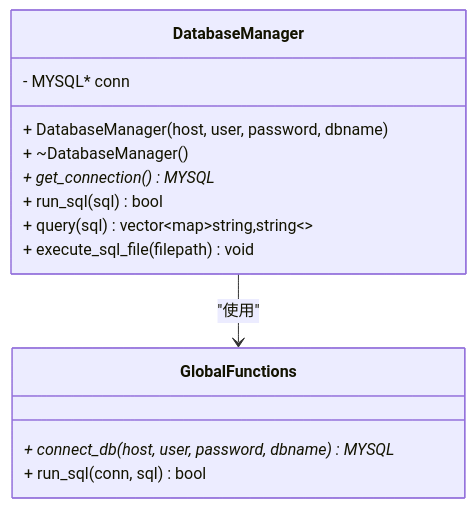
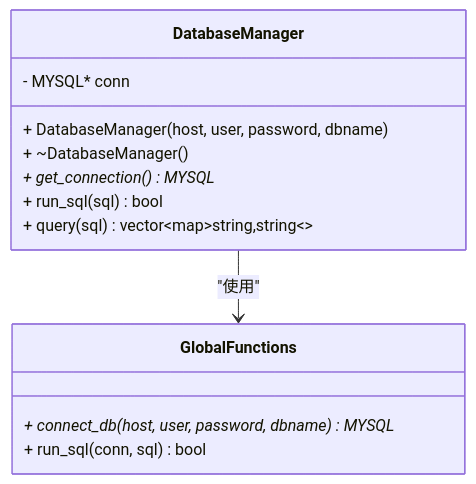
One commit to jinpeng900/OJ-Test changed the third of 8 diagrams in .qoder/repowiki/zh/content/系统架构设计/数据库管理层设计.md. Above: the diagram before and after it, drawn with Mermaid. The commit also changed other lines of this file and 5 other files, not shown here.

````diff
--- a/.qoder/repowiki/zh/content/系统架构设计/数据库管理层设计.md
+++ b/.qoder/repowiki/zh/content/系统架构设计/数据库管理层设计.md
@@ -162,17 +162,16 @@
 ```mermaid
 classDiagram
 class DatabaseManager {
 - MYSQL* conn
 + DatabaseManager(host, user, password, dbname)
 + ~DatabaseManager()
 + get_connection() MYSQL*
 + run_sql(sql) bool
 + query(sql) vector~map~string,string~~
-+ execute_sql_file(filepath) void
 }
 class GlobalFunctions {
 + connect_db(host, user, password, dbname) MYSQL*
 + run_sql(conn, sql) bool
 }
 DatabaseManager --> GlobalFunctions : "使用"
 ```
````
